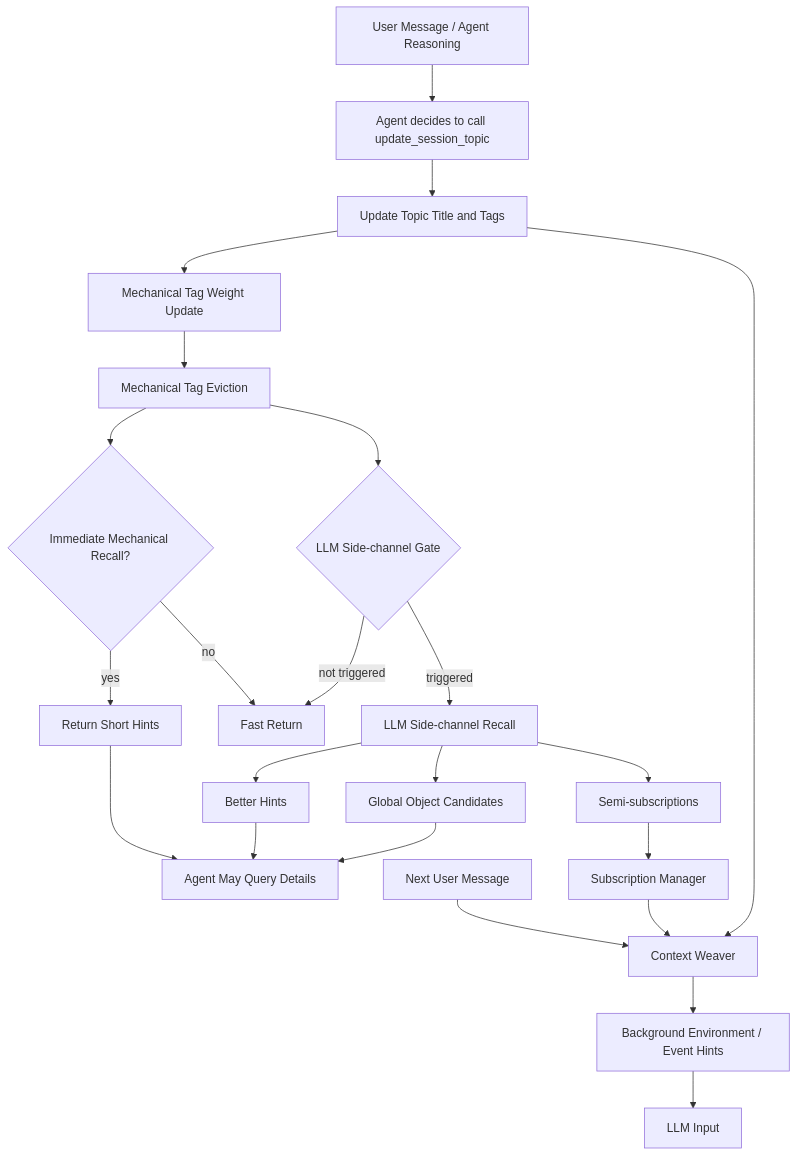
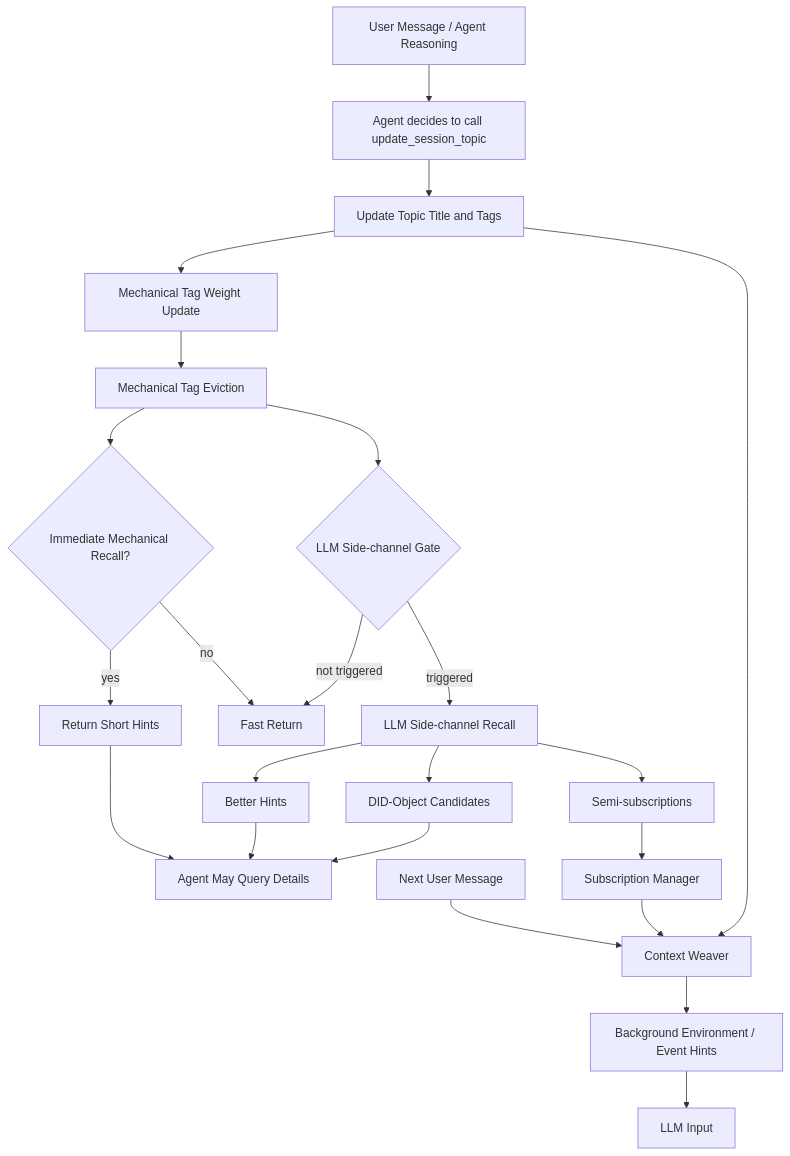
The diagram in notepads/Agent元能力/Agent 浮现Hints.md (wugren/buckyos), drawn with Mermaid before and after one commit. The commit also changed other lines of this file and 1 other file, not shown here.

````diff
--- a/notepads/Agent元能力/Agent 浮现Hints.md
+++ b/notepads/Agent元能力/Agent 浮现Hints.md
@@ -942,29 +1012,29 @@
 ```mermaid
 flowchart TD
     A[User Message / Agent Reasoning] --> B[Agent decides to call update_session_topic]
     B --> C[Update Topic Title and Tags]
     C --> D[Mechanical Tag Weight Update]
     D --> E[Mechanical Tag Eviction]
 
     E --> F{Immediate Mechanical Recall?}
     F -- yes --> G[Return Short Hints]
     F -- no --> H[Fast Return]
 
     E --> I{LLM Side-channel Gate}
     I -- not triggered --> H
     I -- triggered --> J[LLM Side-channel Recall]
     J --> K[Better Hints]
-    J --> L[Global Object Candidates]
+    J --> L[DID-Object Candidates]
     J --> M[Semi-subscriptions]
 
     G --> N[Agent May Query Details]
     K --> N
     L --> N
     M --> O[Subscription Manager]
 
     P[Next User Message] --> Q[Context Weaver]
     O --> Q
     C --> Q
     Q --> R[Background Environment / Event Hints]
     R --> S[LLM Input]
 ```
````
